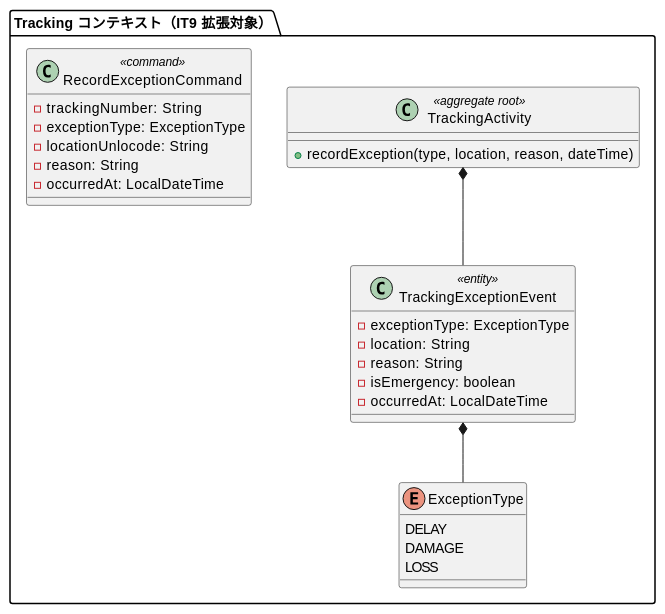
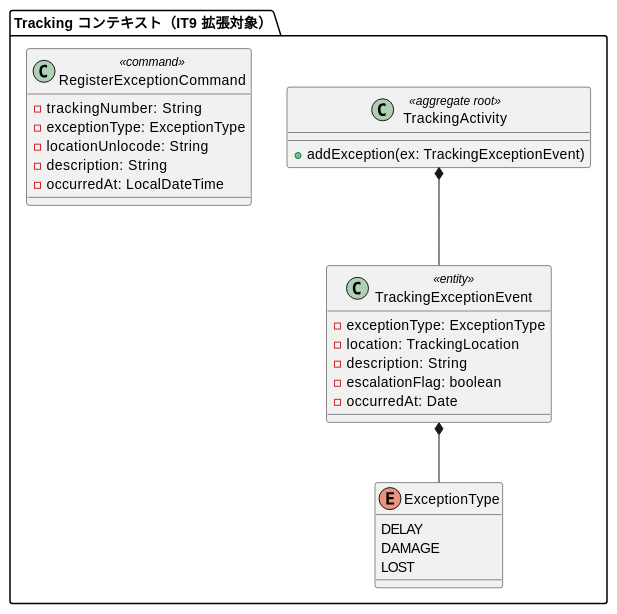
The third of 5 diagrams in docs/development/iteration_plan-9.md (k2works/case-study-cargo-tracker), drawn with PlantUML before and after one commit. The commit also changed other lines of this file, not shown here.

````diff
--- a/docs/development/iteration_plan-9.md
+++ b/docs/development/iteration_plan-9.md
@@ -188,34 +188,34 @@
 ```plantuml
 @startuml
 package "Tracking コンテキスト（IT9 拡張対象）" {
   class TrackingActivity <<aggregate root>> {
-    + recordException(type, location, reason, dateTime) /' US19・US20: 例外記録 '/
+    + addException(ex: TrackingExceptionEvent) /' US19・US20: 例外記録 '/
   }
 
   enum ExceptionType {
     DELAY       /' US19: 遅延 '/
     DAMAGE      /' US20: 破損 '/
-    LOSS        /' US20: 紛失・緊急フラグ設定 '/
+    LOST        /' US20: 紛失・escalation_flag 設定 '/
   }
 
   class TrackingExceptionEvent <<entity>> {
     - exceptionType: ExceptionType
-    - location: String
-    - reason: String
-    - isEmergency: boolean /' LOSS の場合 true '/
-    - occurredAt: LocalDateTime
+    - location: TrackingLocation
+    - description: String
+    - escalationFlag: boolean /' LOST の場合 true '/
+    - occurredAt: Date
   }
 
-  class RecordExceptionCommand <<command>> {
+  class RegisterExceptionCommand <<command>> {
     - trackingNumber: String
     - exceptionType: ExceptionType
     - locationUnlocode: String
-    - reason: String
+    - description: String
     - occurredAt: LocalDateTime
   }
 }
 
 TrackingActivity *-- TrackingExceptionEvent
 TrackingExceptionEvent *-- ExceptionType
 @enduml
 ```
````
